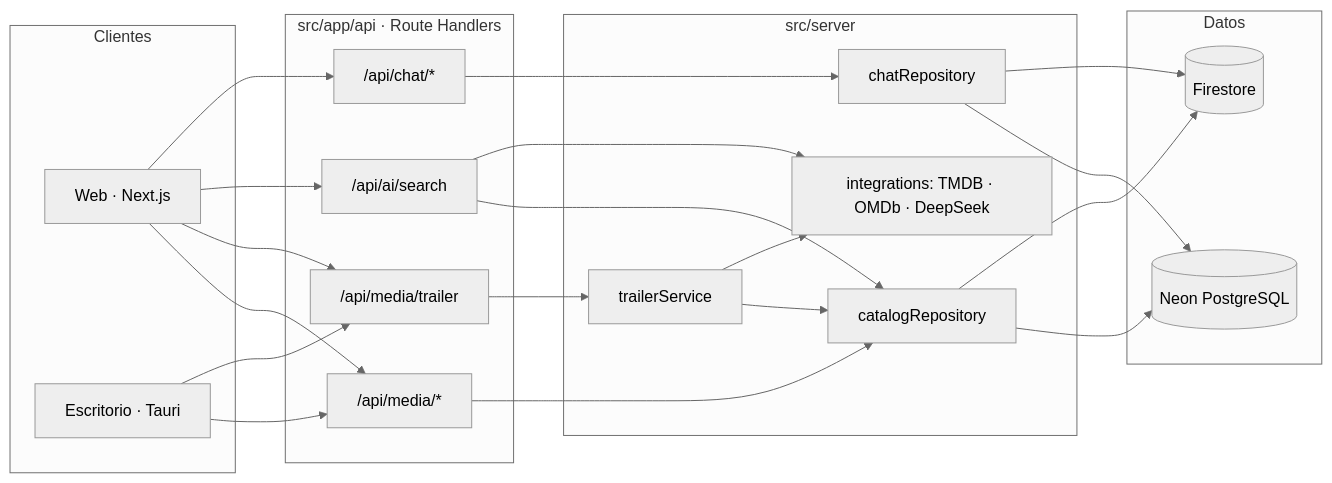
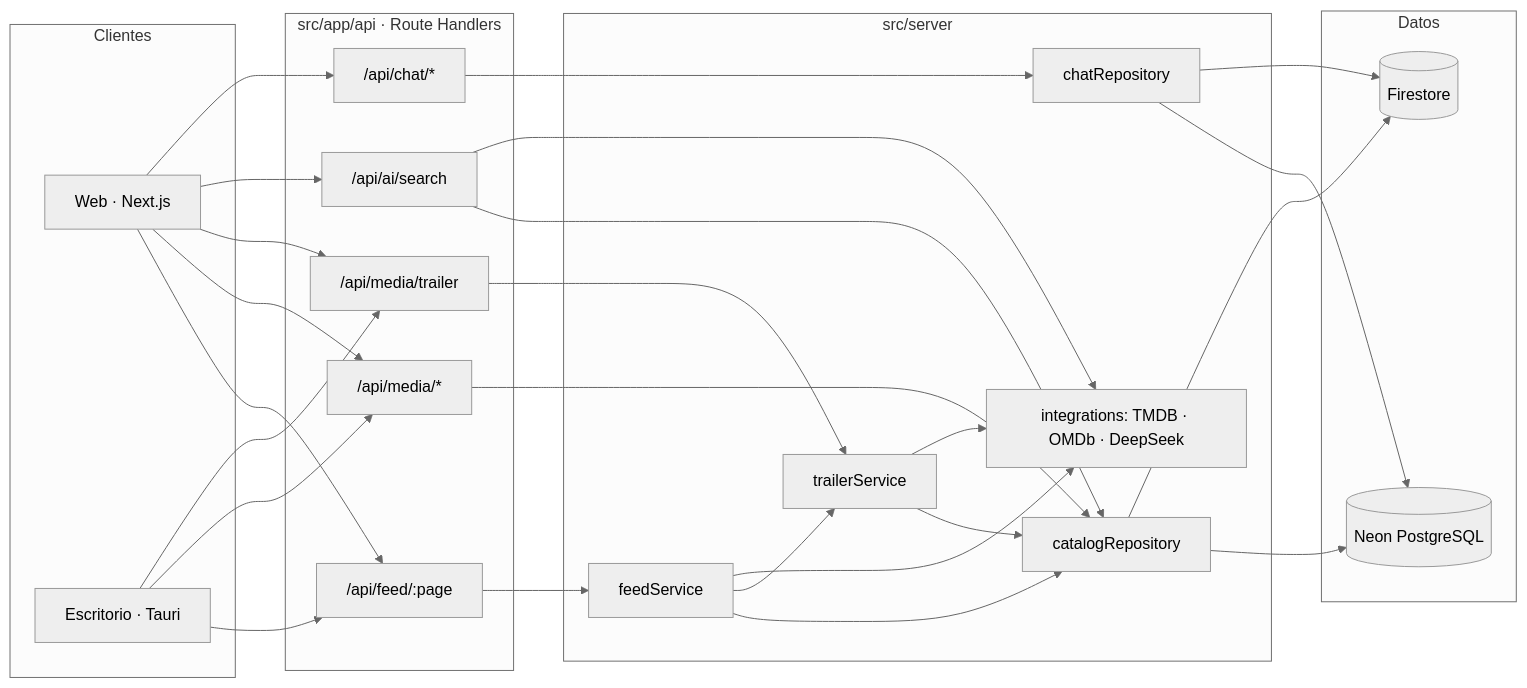
The diagram in README.md (santyxswc/streaming-Sntx), drawn with Mermaid (neutral theme) before and after one commit. The commit also changed other lines of this file and 1 other file, not shown here.

First line of the commit message:
docs: document curated feed, SOLID design and tests

````diff
--- a/README.md
+++ b/README.md
@@ -33,31 +35,34 @@
 ```mermaid
 flowchart LR
   subgraph clients [Clientes]
     Web[Web · Next.js]
     Desktop[Escritorio · Tauri]
   end
   subgraph api [src/app/api · Route Handlers]
+    Feed["/api/feed/:page"]
     Media["/api/media/*"]
     Trailer["/api/media/trailer"]
     AI["/api/ai/search"]
     Chat["/api/chat/*"]
   end
   subgraph server [src/server]
+    FeedSvc[feedService]
     CatalogRepo[catalogRepository]
     TrailerSvc[trailerService]
     ChatRepo[chatRepository]
     Integrations[integrations: TMDB · OMDb · DeepSeek]
   end
   subgraph data [Datos]
     Neon[(Neon PostgreSQL)]
     Firestore[(Firestore)]
   end
-  Web --> Media & Trailer & AI & Chat
-  Desktop --> Media & Trailer
+  Web --> Feed & Media & Trailer & AI & Chat
+  Desktop --> Feed & Media & Trailer
+  Feed --> FeedSvc --> CatalogRepo & TrailerSvc & Integrations
   Media --> CatalogRepo
   AI --> CatalogRepo & Integrations
   Trailer --> TrailerSvc --> CatalogRepo & Integrations
   Chat --> ChatRepo
   CatalogRepo --> Neon & Firestore
   ChatRepo --> Neon & Firestore
 ```
````
